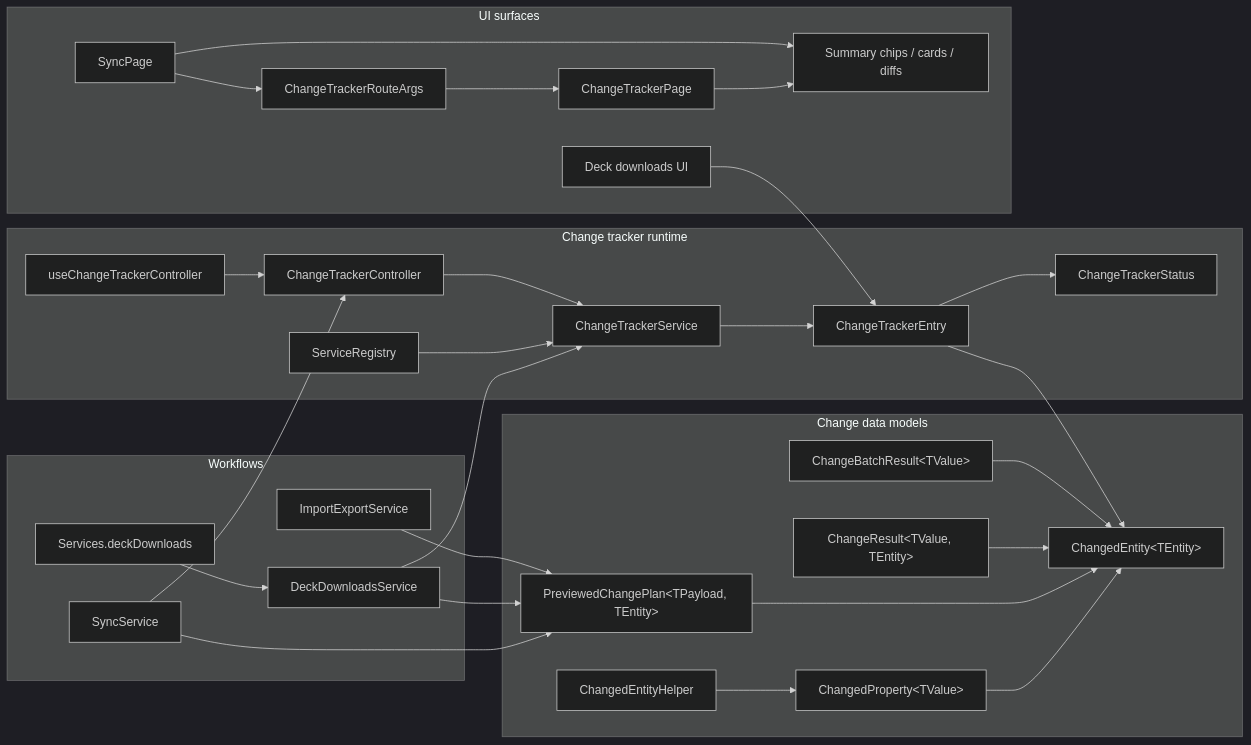
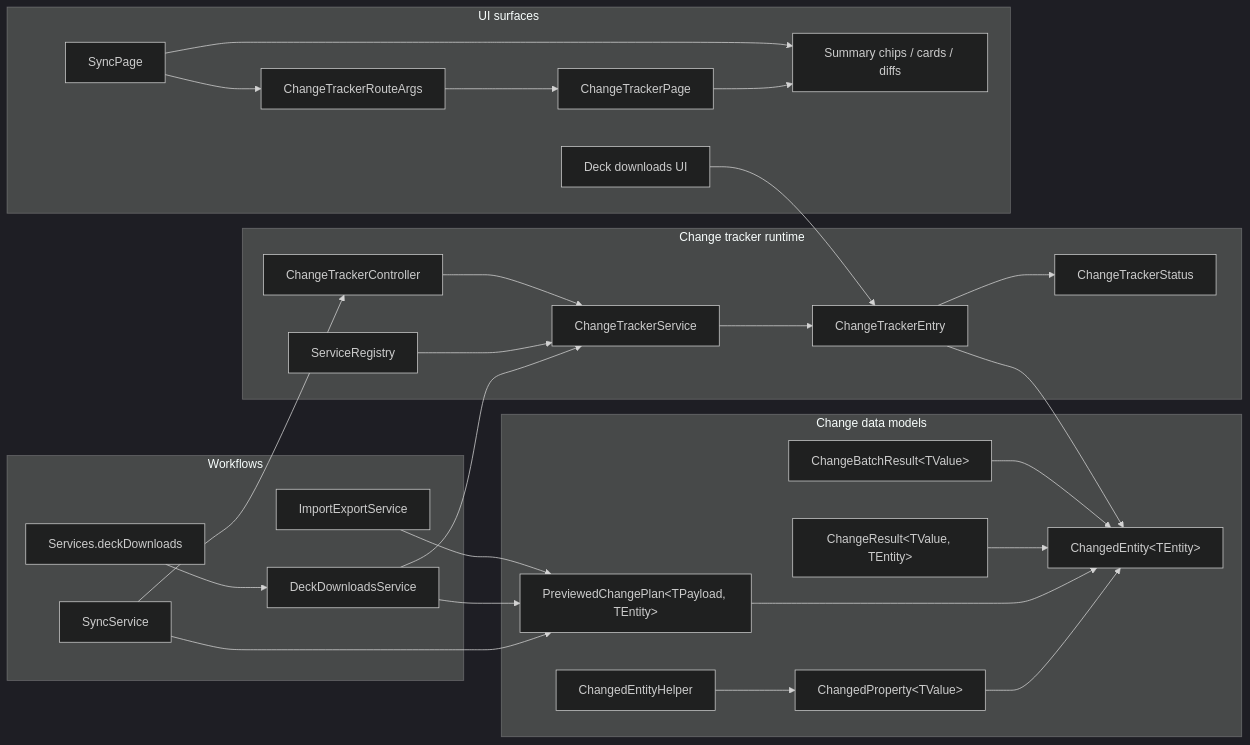
Before and after one commit to GuyWithBag/boo_mondai: the first of 5 diagrams in lib/features/change_tracker/documentation/change_tracker.md, drawn with Mermaid (dark theme). The commit also changed other lines of this file and 461 other files, not shown here.

````diff
--- a/lib/features/change_tracker/documentation/change_tracker.md
+++ b/lib/features/change_tracker/documentation/change_tracker.md
@@ -34,58 +33,56 @@
 ```mermaid
 flowchart LR
     subgraph Workflows
         Sync[SyncService]
         DeckDownloads[DeckDownloadsService]
         ImportExport[ImportExportService]
         AppServices[Services.deckDownloads]
     end
 
     subgraph DataModels[Change data models]
         Preview["PreviewedChangePlan&lt;TPayload, TEntity&gt;"]
         Result["ChangeResult&lt;TValue, TEntity&gt;"]
         BatchResult["ChangeBatchResult&lt;TValue&gt;"]
         Record["ChangedEntity&lt;TEntity&gt;"]
         Property["ChangedProperty&lt;TValue&gt;"]
         Comparer[ChangedEntityHelper]
     end
 
     subgraph Tracker[Change tracker runtime]
         Registry[ServiceRegistry]
         ServiceRuntime[ChangeTrackerService]
         Controller[ChangeTrackerController]
-        Hook[useChangeTrackerController]
         Entry[ChangeTrackerEntry]
         Status[ChangeTrackerStatus]
     end
 
     subgraph UI[UI surfaces]
         RouteArgs[ChangeTrackerRouteArgs]
         ReviewPage[ChangeTrackerPage]
         SyncPage[SyncPage]
         Downloads[Deck downloads UI]
         Widgets[Summary chips / cards / diffs]
     end
 
     Sync --> Preview
     DeckDownloads --> Preview
     ImportExport --> Preview
     Comparer --> Property
     Property --> Record
     Preview --> Record
     Result --> Record
     BatchResult --> Record
     Sync --> Controller
     AppServices --> DeckDownloads
     DeckDownloads --> ServiceRuntime
     Registry --> ServiceRuntime
     Controller --> ServiceRuntime
-    Hook --> Controller
     ServiceRuntime --> Entry
     Entry --> Status
     Entry --> Record
     SyncPage --> RouteArgs
     RouteArgs --> ReviewPage
     ReviewPage --> Widgets
     SyncPage --> Widgets
     Downloads --> Entry
 ```
````
